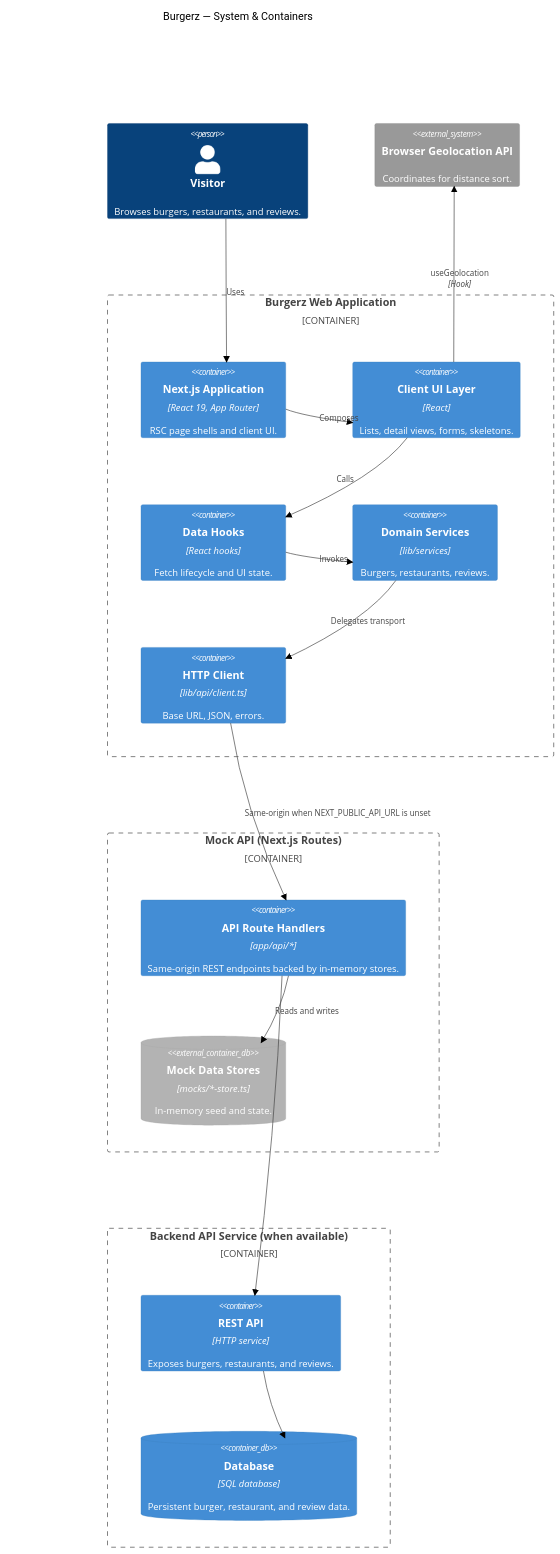
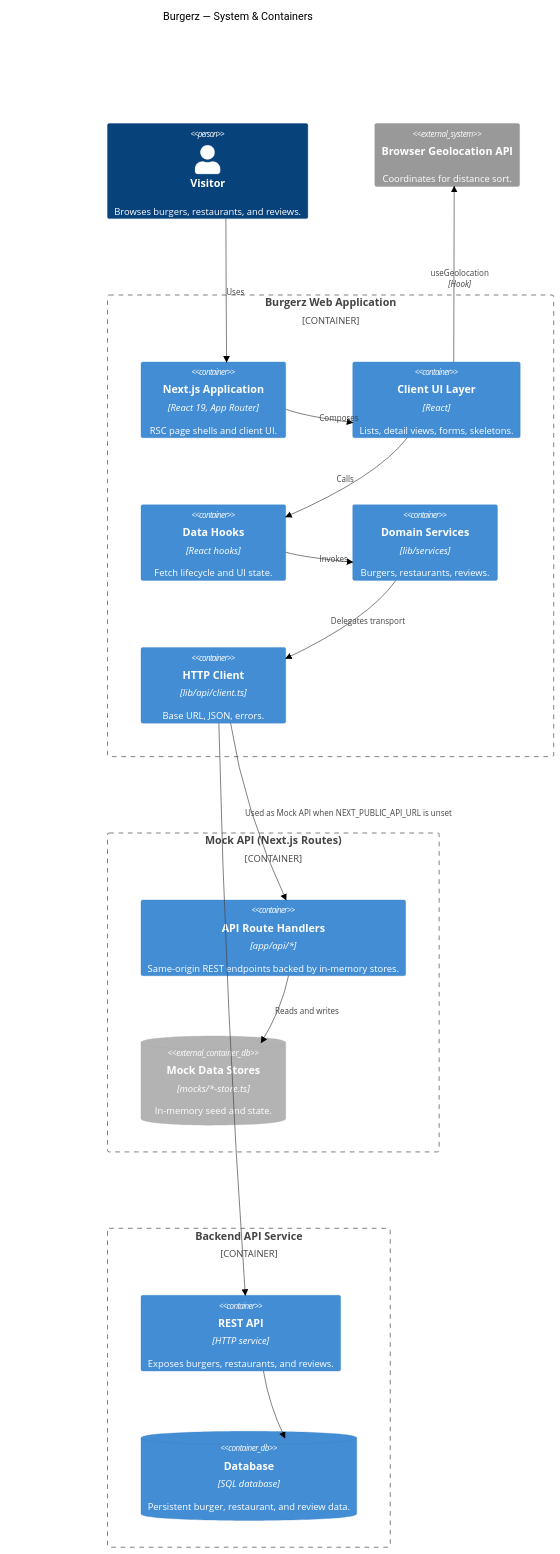
Before and after one commit to subtirelumihail/burgerz: the diagram in docs/architecture/application-c4-diagram.md, drawn with Mermaid (neutral theme). The commit also changed 1 other file, not shown here.

Commit message:
chore: small cleanup

````diff
--- a/docs/architecture/application-c4-diagram.md
+++ b/docs/architecture/application-c4-diagram.md
@@ -1,48 +1,48 @@
 ```mermaid
 C4Container
     title Burgerz — System & Containers
 
     UpdateLayoutConfig($c4ShapeInRow="2", $c4BoundaryInRow="1")
 
     Person(visitor, "Visitor", "Browses burgers, restaurants, and reviews.")
 
     System_Ext(geolocation, "Browser Geolocation API", "Coordinates for distance sort.")
 
     Container_Boundary(burgerz, "Burgerz Web Application") {
         Container(nextApp, "Next.js Application", "React 19, App Router", "RSC page shells and client UI.")
         Container(clientUI, "Client UI Layer", "React", "Lists, detail views, forms, skeletons.")
         Container(hooks, "Data Hooks", "React hooks", "Fetch lifecycle and UI state.")
         Container(services, "Domain Services", "lib/services", "Burgers, restaurants, reviews.")
         Container(apiClient, "HTTP Client", "lib/api/client.ts", "Base URL, JSON, errors.")
     }
 
     Container_Boundary(mockApi, "Mock API (Next.js Routes)") {
         Container(apiRoutes, "API Route Handlers", "app/api/*", "Same-origin REST endpoints backed by in-memory stores.")
         ContainerDb_Ext(mockStores, "Mock Data Stores", "mocks/*-store.ts", "In-memory seed and state.")
     }
 
-    Container_Boundary(backend, "Backend API Service (when available)") {
+    Container_Boundary(backend, "Backend API Service") {
         Container(apiService, "REST API", "HTTP service", "Exposes burgers, restaurants, and reviews.")
         ContainerDb(database, "Database", "SQL database", "Persistent burger, restaurant, and review data.")
     }
 
     Rel_L(clientUI, geolocation, "useGeolocation", "Hook")
     Rel_L(visitor, nextApp, "Uses")
 
     Rel_R(nextApp, clientUI, "Composes")
     Rel_D(clientUI, hooks, "Calls")
     Rel_R(hooks, services, "Invokes")
     Rel_D(services, apiClient, "Delegates transport")
 
     Rel_R(apiRoutes, mockStores, "Reads and writes")
-    Rel_D(apiClient, apiRoutes, "Same-origin when NEXT_PUBLIC_API_URL is unset")
+    Rel_D(apiClient, apiRoutes, "Used as Mock API when NEXT_PUBLIC_API_URL is unset")
 
     Rel_R(apiService, database, "")
-    Rel_D(apiRoutes, apiService, "")
+    Rel_D(apiClient, apiService, "")
 
     UpdateRelStyle(clientUI, hooks, $offsetX="-15")
     UpdateRelStyle(services, apiClient, $offsetX="-15")
     UpdateRelStyle(apiClient, apiRoutes, $offsetX="-20")
     UpdateRelStyle(apiClient, apiService, $offsetX="20")
     UpdateRelStyle(clientUI, geolocation, $offsetX="-35", $offsetY="-5")
 ```
````
